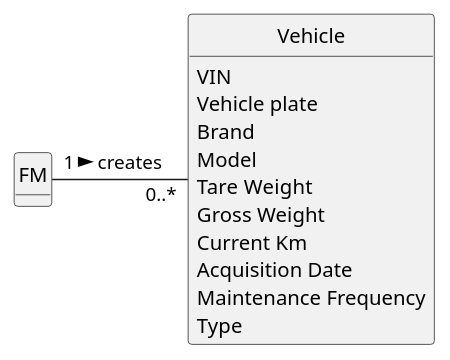
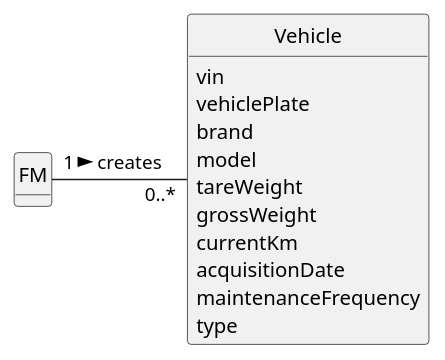
Before and after one commit to ricardomm7/leaflink: the diagram in docs/sprintA/us006/02.analysis/puml/us006-domain-model.puml, drawn with PlantUML. The commit also changed 4 other files, not shown here.

```diff
--- a/docs/sprintA/us006/02.analysis/puml/us006-domain-model.puml
+++ b/docs/sprintA/us006/02.analysis/puml/us006-domain-model.puml
@@ -1,42 +1,30 @@
 @startuml
 skinparam monochrome true
 skinparam packageStyle rectangle
 skinparam shadowing false
 
 'left to right direction
 
 skinparam classAttributeIconSize 0
 
 hide circle
 hide methods
 
-'title Domain Model
-
-'class Platform {
-'  -description
-'}
-
 class FM {
 }
 
 class Vehicle {
-VIN
-Vehicle plate
-Brand
-Model
-Tare Weight
-Gross Weight
-Current Km
-Acquisition Date
-Maintenance Frequency
-Type
+vin
+vehiclePlate
+brand
+model
+tareWeight
+grossWeight
+currentKm
+acquisitionDate
+maintenanceFrequency
+type
 }
-
-'class User {
-'    name
-'    email
-'    password
-'}
-
+\
 FM "1" - "0..*" Vehicle : creates  >
 @enduml
```
